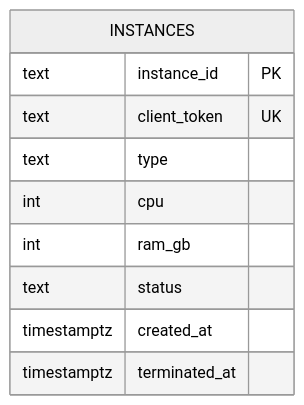
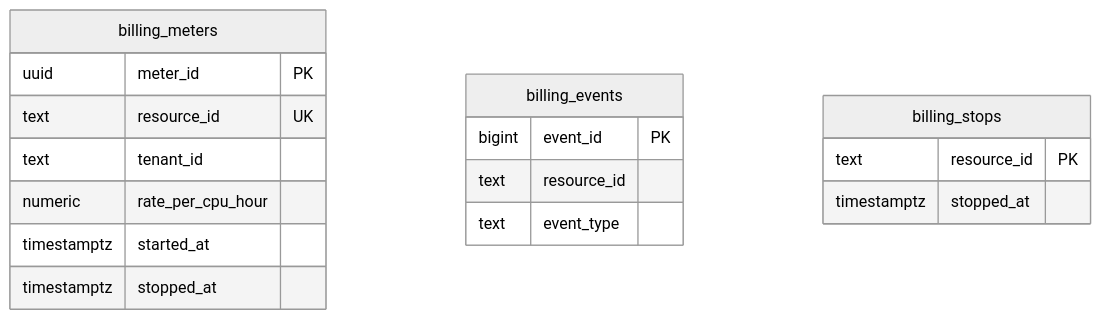
Before and after one commit to prajwalbhat39/microservice-cloud-resource-manager: the sixth of 8 diagrams in PROJECT_REPORT.md, drawn with Mermaid (neutral theme). The commit also changed other lines of this file and 60 other files, not shown here.

````diff
--- a/PROJECT_REPORT.md
+++ b/PROJECT_REPORT.md
@@ -418,13 +214,20 @@
 ```mermaid
 erDiagram
-    INSTANCES {
-        text instance_id PK
-        text client_token UK
-        text type
-        int cpu
-        int ram_gb
-        text status
-        timestamptz created_at
-        timestamptz terminated_at
+    billing_meters {
+        uuid meter_id PK
+        text resource_id UK
+        text tenant_id
+        numeric rate_per_cpu_hour
+        timestamptz started_at
+        timestamptz stopped_at
+    }
+    billing_events {
+        bigint event_id PK
+        text resource_id
+        text event_type
+    }
+    billing_stops {
+        text resource_id PK
+        timestamptz stopped_at
     }
 ```
````
